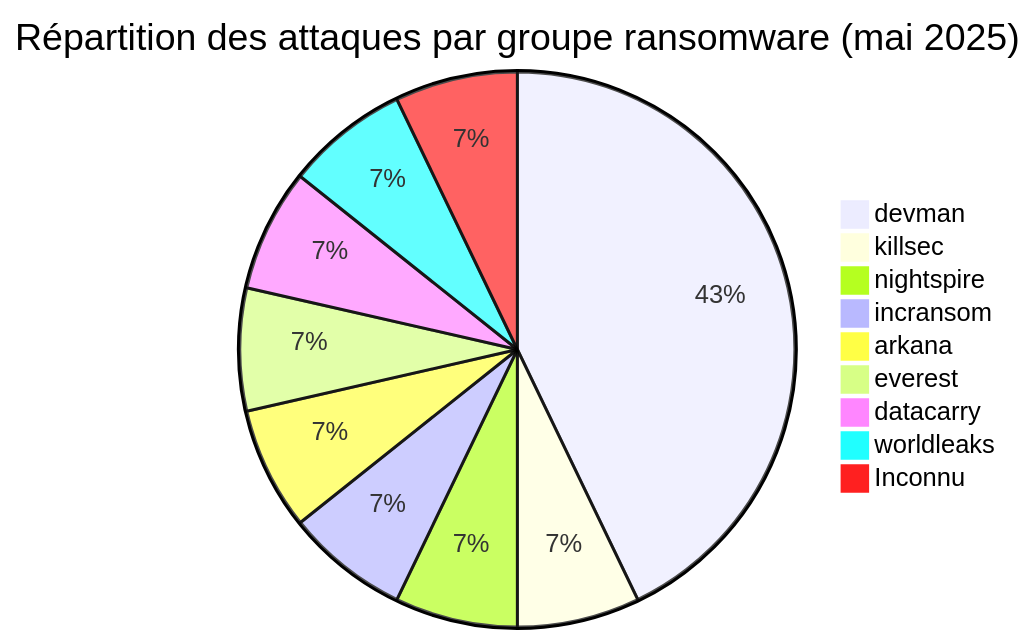
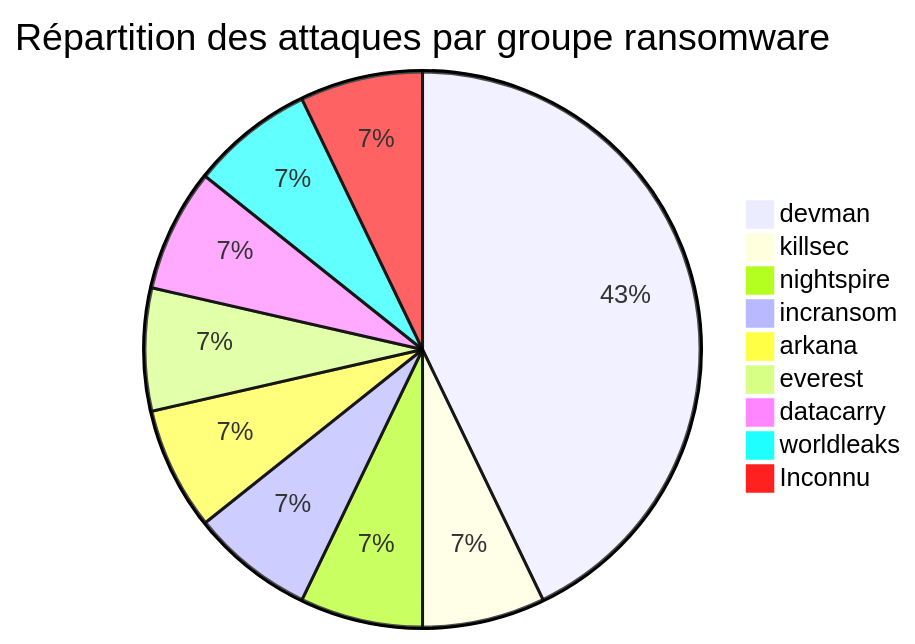
One commit to Hatchepsoute/AFRINTEL changed the first of 4 diagrams in reports/2025/05-may/README_FR.md. Above: the diagram before and after it, drawn with Mermaid. The commit also changed other lines of this file and 1 other file, not shown here.

Commit message:
Rapport CTI : Cyberattaques en Afrique Mai 2025

````diff
--- a/reports/2025/05-may/README_FR.md
+++ b/reports/2025/05-may/README_FR.md
@@ -31,12 +31,12 @@
 ```mermaid
-pie title Répartition des attaques par groupe ransomware (mai 2025)
+pie title Répartition des attaques par groupe ransomware
     "devman" : 6
     "killsec" : 1
     "nightspire" : 1
     "incransom" : 1
     "arkana" : 1
     "everest" : 1
     "datacarry" : 1
     "worldleaks" : 1
     "Inconnu" : 1
 ```
````
